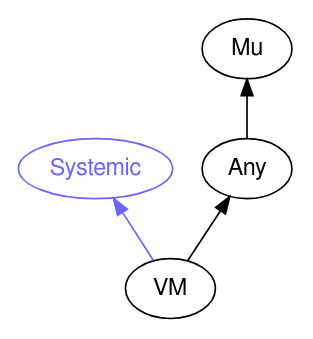
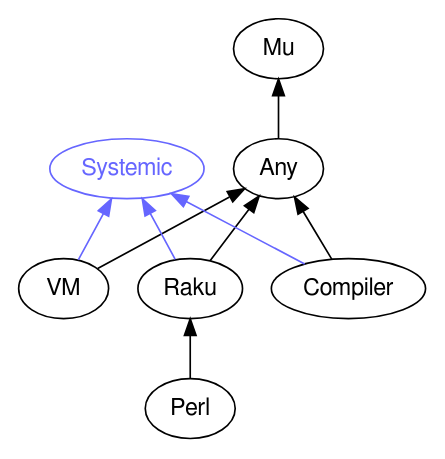
One commit to rakudocs/rakudocs.github.io changed the diagram in images/type-graph-Systemic.svg.dot. Above: the diagram before and after it, drawn with Graphviz. The commit also changed 2867 other files, not shown here.

```diff
--- a/images/type-graph-Systemic.svg.dot
+++ b/images/type-graph-Systemic.svg.dot
@@ -1,17 +1,26 @@
 digraph "perl6-type-graph" {
     rankdir=BT;
     splines=polyline;
     overlap=false; 
+    graph [truecolor=true bgcolor="#FFFFFF"];
     // Types
     "Systemic" [color="#6666FF", fontcolor="#6666FF", href="/type/Systemic", fontname="FreeSans"];
     "Mu" [color="#000000", fontcolor="#000000", href="/type/Mu", fontname="FreeSans"];
     "Any" [color="#000000", fontcolor="#000000", href="/type/Any", fontname="FreeSans"];
     "VM" [color="#000000", fontcolor="#000000", href="/type/VM", fontname="FreeSans"];
+    "Raku" [color="#000000", fontcolor="#000000", href="/type/Raku", fontname="FreeSans"];
+    "Compiler" [color="#000000", fontcolor="#000000", href="/type/Compiler", fontname="FreeSans"];
+    "Perl" [color="#000000", fontcolor="#000000", href="/type/Perl", fontname="FreeSans"];
 
     // Superclasses
     "Any" -> "Mu" [color="#000000"];
     "VM" -> "Any" [color="#000000"];
+    "Raku" -> "Any" [color="#000000"];
+    "Compiler" -> "Any" [color="#000000"];
+    "Perl" -> "Raku" [color="#000000"];
 
     // Roles
     "VM" -> "Systemic" [color="#6666FF"];
+    "Raku" -> "Systemic" [color="#6666FF"];
+    "Compiler" -> "Systemic" [color="#6666FF"];
 }
```
